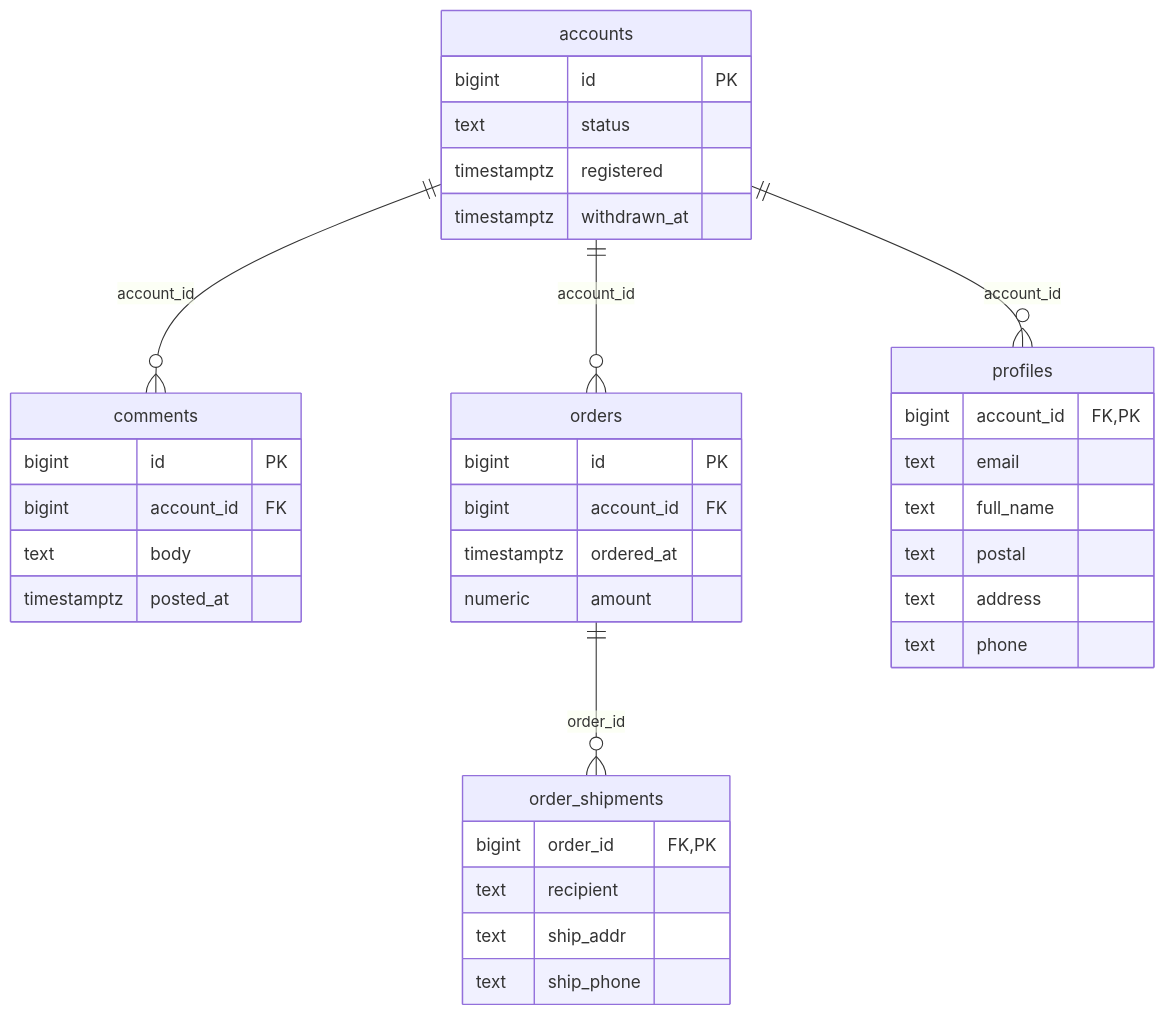
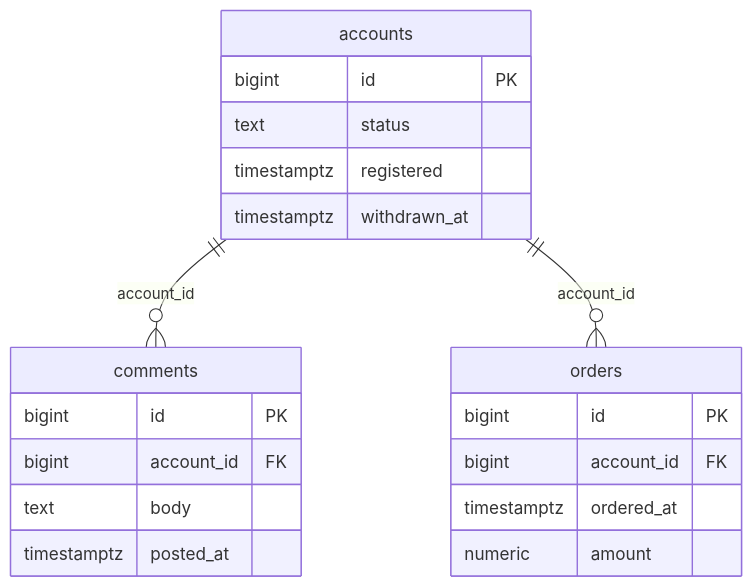
The fifth of 6 diagrams in ch14_account_deletion/README.md (driftnode986/postgresql-db-design-samples), drawn with Mermaid before and after one commit. The commit also changed other lines of this file and 15 other files, not shown here.

First line of the commit message:
docs: 設計案の構成図を縦並びにし、幅の広い ER 図を分けて、GitHub で縮まない大きさにする

````diff
--- a/ch14_account_deletion/README.md
+++ b/ch14_account_deletion/README.md
@@ -117,39 +123,23 @@
 ```mermaid
 erDiagram
   accounts {
     bigint id PK
     text status
     timestamptz registered
     timestamptz withdrawn_at
   }
   comments {
     bigint id PK
     bigint account_id FK
     text body
     timestamptz posted_at
   }
-  order_shipments {
-    bigint order_id FK, PK
-    text recipient
-    text ship_addr
-    text ship_phone
-  }
   orders {
     bigint id PK
     bigint account_id FK
     timestamptz ordered_at
     numeric amount
   }
-  profiles {
-    bigint account_id FK, PK
-    text email
-    text full_name
-    text postal
-    text address
-    text phone
-  }
   accounts ||--o{ comments : "account_id"
-  orders ||--o{ order_shipments : "order_id"
   accounts ||--o{ orders : "account_id"
-  accounts ||--o{ profiles : "account_id"
 ```
````
